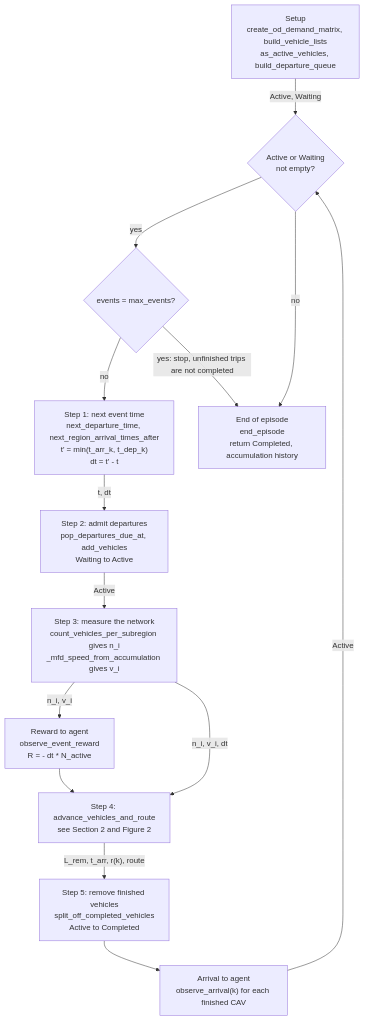
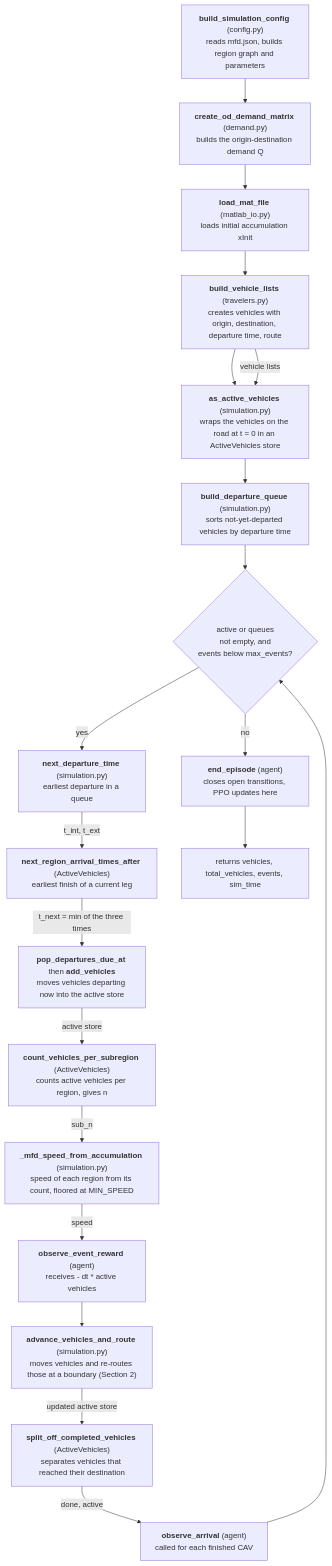
Before and after one commit to sathyakumarnandakumar-cmyk/RG_MFD_Pub: the first of 3 diagrams in docs/SIMULATION_FLOWCHART.md, drawn with Mermaid. The commit also changed other lines of this file and 1 other file, not shown here.

Commit message:
Split flowcharts into codebase flow and math flow

````diff
--- a/docs/SIMULATION_FLOWCHART.md
+++ b/docs/SIMULATION_FLOWCHART.md
@@ -13,28 +12,36 @@
 ```mermaid
 flowchart TD
-    A["Setup<br/>create_od_demand_matrix, build_vehicle_lists<br/>as_active_vehicles, build_departure_queue"]
-    B{"Active or Waiting<br/>not empty?"}
-    B2{"events = max_events?"}
-    C["Step 1: next event time<br/>next_departure_time, next_region_arrival_times_after<br/>t' = min(t_arr_k, t_dep_k)<br/>dt = t' - t"]
-    D["Step 2: admit departures<br/>pop_departures_due_at, add_vehicles<br/>Waiting to Active"]
-    E["Step 3: measure the network<br/>count_vehicles_per_subregion gives n_i<br/>_mfd_speed_from_accumulation gives v_i"]
-    F["Reward to agent<br/>observe_event_reward<br/>R = - dt * N_active"]
-    G["Step 4: advance_vehicles_and_route<br/>see Section 2 and Figure 2"]
-    H["Step 5: remove finished vehicles<br/>split_off_completed_vehicles<br/>Active to Completed"]
-    I["Arrival to agent<br/>observe_arrival(k) for each finished CAV"]
-    J["End of episode<br/>end_episode<br/>return Completed, accumulation history"]
+    S1["<b>build_simulation_config</b> (config.py)<br/>reads mfd.json, builds region graph and parameters"]
+    S2["<b>create_od_demand_matrix</b> (demand.py)<br/>builds the origin-destination demand Q"]
+    S3["<b>load_mat_file</b> (matlab_io.py)<br/>loads initial accumulation xInit"]
+    S4["<b>build_vehicle_lists</b> (travelers.py)<br/>creates vehicles with origin, destination, departure time, route"]
+    S5["<b>as_active_vehicles</b> (simulation.py)<br/>wraps the vehicles on the road at t = 0 in an ActiveVehicles store"]
+    S6["<b>build_departure_queue</b> (simulation.py)<br/>sorts not-yet-departed vehicles by departure time"]
+    L0{"active or queues<br/>not empty, and<br/>events below max_events?"}
+    L1["<b>next_departure_time</b> (simulation.py)<br/>earliest departure in a queue"]
+    L2["<b>next_region_arrival_times_after</b> (ActiveVehicles)<br/>earliest finish of a current leg"]
+    L3["<b>pop_departures_due_at</b> then <b>add_vehicles</b><br/>moves vehicles departing now into the active store"]
+    L4["<b>count_vehicles_per_subregion</b> (ActiveVehicles)<br/>counts active vehicles per region, gives n"]
+    L5["<b>_mfd_speed_from_accumulation</b> (simulation.py)<br/>speed of each region from its count, floored at MIN_SPEED"]
+    L6["<b>observe_event_reward</b> (agent)<br/>receives - dt * active vehicles"]
+    L7["<b>advance_vehicles_and_route</b> (simulation.py)<br/>moves vehicles and re-routes those at a boundary (Section 2)"]
+    L8["<b>split_off_completed_vehicles</b> (ActiveVehicles)<br/>separates vehicles that reached their destination"]
+    L9["<b>observe_arrival</b> (agent)<br/>called for each finished CAV"]
+    E1["<b>end_episode</b> (agent)<br/>closes open transitions, PPO updates here"]
+    E2["returns vehicles, total_vehicles, events, sim_time"]
 
-    A -->|"Active, Waiting"| B
-    B -->|"yes"| B2
-    B -->|"no"| J
-    B2 -->|"no"| C
-    B2 -->|"yes: stop, unfinished trips are not completed"| J
-    C -->|"t, dt"| D
-    D -->|"Active"| E
-    E -->|"n_i, v_i"| F
-    F --> G
-    E -->|"n_i, v_i, dt"| G
-    G -->|"L_rem, t_arr, r(k), route"| H
-    H --> I
-    I -->|"Active"| B
+    S1 --> S2 --> S3 --> S4 --> S5 --> S6 --> L0
+    S4 -->|"vehicle lists"| S5
+    L0 -->|"yes"| L1
+    L0 -->|"no"| E1
+    L1 -->|"t_int, t_ext"| L2
+    L2 -->|"t_next = min of the three times"| L3
+    L3 -->|"active store"| L4
+    L4 -->|"sub_n"| L5
+    L5 -->|"speed"| L6
+    L6 --> L7
+    L7 -->|"updated active store"| L8
+    L8 -->|"done, active"| L9
+    L9 --> L0
+    E1 --> E2
 ```
````
